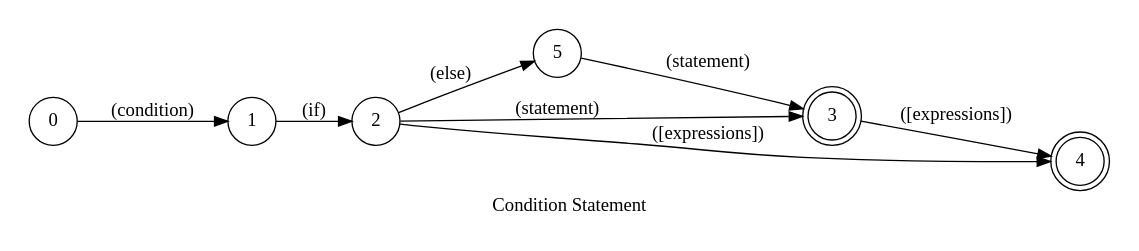
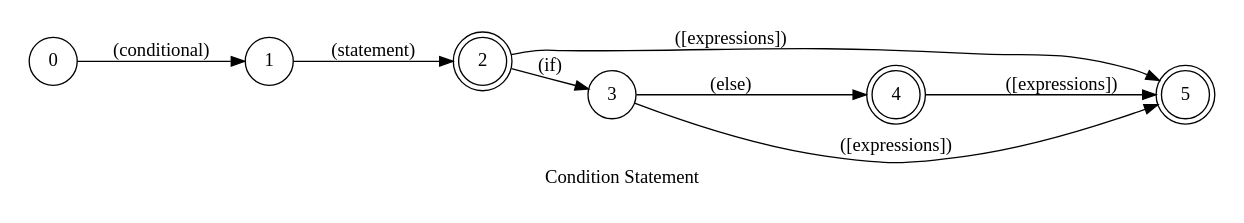
One commit to pedrooaugusto/speech-to-code changed the diagram in spoken/src/modules/typescript/condition/phrase_en-US.dot. Above: the diagram before and after it, drawn with Graphviz. The commit also changed 96 other files, not shown here.

```diff
--- a/spoken/src/modules/typescript/condition/phrase_en-US.dot
+++ b/spoken/src/modules/typescript/condition/phrase_en-US.dot
@@ -1,19 +1,19 @@
 digraph Condition {
     id="condition";
     label="Condition Statement";
     lang="en-US";
     langName="English";
     pad="0.2";
     rankdir=LR;
-    node[shape=doublecircle]; 3 4;
+    node[shape=doublecircle]; 2 4 5;
     node[shape=circle];
 
-    0 -> 1 [label="(condition)"];
-    1 -> 2 [label="(if)"];
-    2 -> 5 [label="(else)", store=otherwise, normalizer=boolean];
-    {2 5} -> 3 [label="(statement)"];
-    {2 3} -> 4 [label="([expressions])", store=condition];
+    0 -> 1 [label="(conditional)"];
+    1 -> 2 [label="(statement)"];
+    2 -> 3 [label="(if)"];
+    3 -> 4 [label="(else)", store=otherwise, normalizer=boolean];
+    {2 3 4} -> 5 [label="([expressions])", store=condition];
 
     title="Creates a if/else statement";
     desc="Creates a if/else statement with the provided expression as condition";
 }
```
